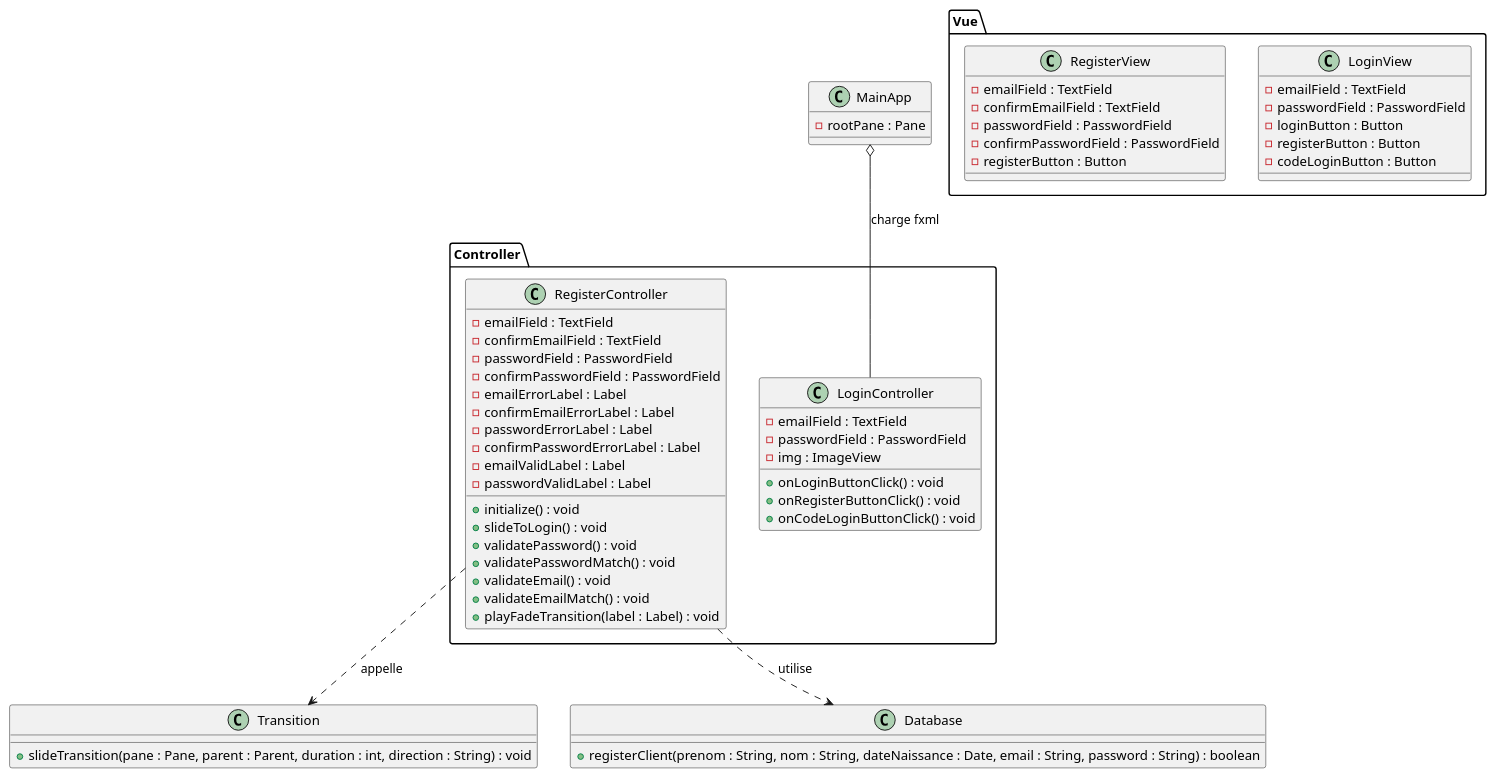
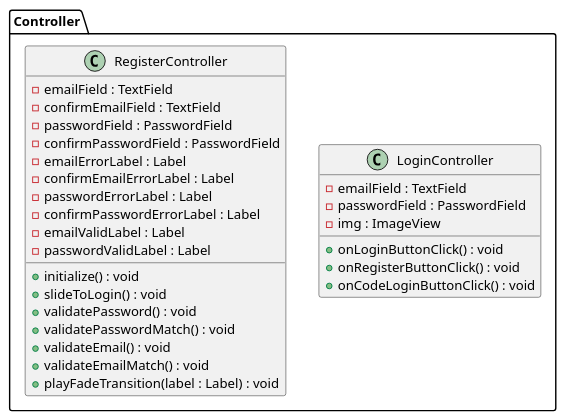
The diagram in diagram.puml (Lasbonbe/Projet_ING3_JAVA), drawn with PlantUML before and after one commit.

```diff
--- a/diagram.puml
+++ b/diagram.puml
@@ -1,73 +1,35 @@
 @startuml
 
-' Main application
-class MainApp {
-  - rootPane : Pane
-}
-
-' Contrôleurs
 package Controller {
     class LoginController {
       - emailField : TextField
       - passwordField : PasswordField
       - img : ImageView
       + onLoginButtonClick() : void
       + onRegisterButtonClick() : void
       + onCodeLoginButtonClick() : void
     }
 
     class RegisterController {
       - emailField : TextField
       - confirmEmailField : TextField
       - passwordField : PasswordField
       - confirmPasswordField : PasswordField
       - emailErrorLabel : Label
       - confirmEmailErrorLabel : Label
       - passwordErrorLabel : Label
       - confirmPasswordErrorLabel : Label
       - emailValidLabel : Label
       - passwordValidLabel : Label
       + initialize() : void
       + slideToLogin() : void
       + validatePassword() : void
       + validatePasswordMatch() : void
       + validateEmail() : void
       + validateEmailMatch() : void
       + playFadeTransition(label : Label) : void
     }
+
 }
 
-package Vue {
-    class LoginView {
-      - emailField : TextField
-      - passwordField : PasswordField
-      - loginButton : Button
-      - registerButton : Button
-      - codeLoginButton : Button
-    }
-
-    class RegisterView {
-      - emailField : TextField
-      - confirmEmailField : TextField
-      - passwordField : PasswordField
-      - confirmPasswordField : PasswordField
-      - registerButton : Button
-    }
-}
-
-' Composant de transition
-class Transition {
-  + slideTransition(pane : Pane, parent : Parent, duration : int, direction : String) : void
-}
-
-' Composant de base de données
-class Database {
-  + registerClient(prenom : String, nom : String, dateNaissance : Date, email : String, password : String) : boolean
-}
-
-' Relations
-RegisterController ..> Database : utilise
-RegisterController ..> Transition : appelle
-MainApp o-- LoginController : charge fxml
-
 @enduml
```
